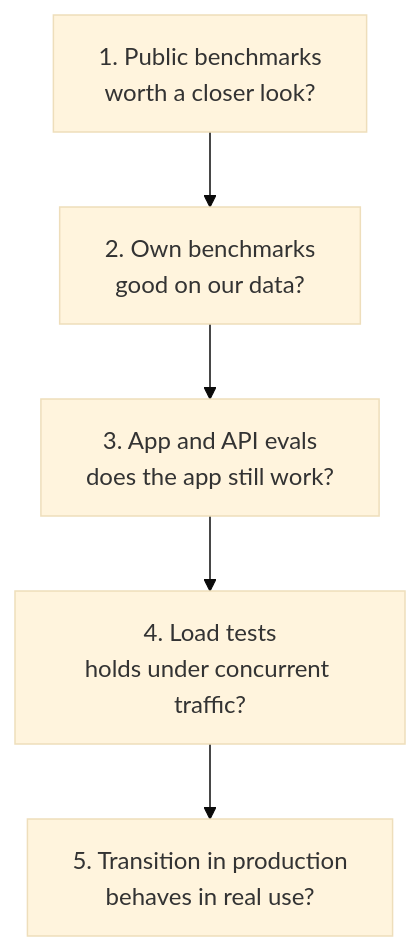
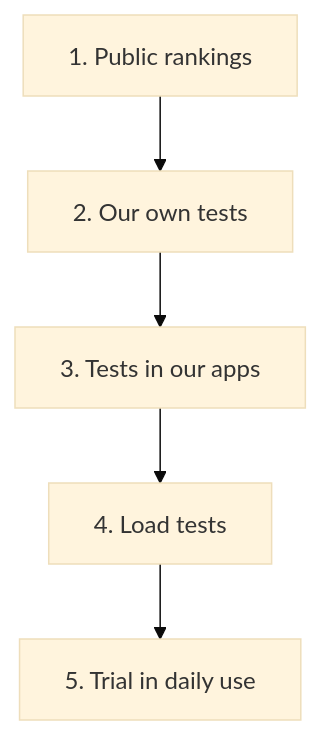
One commit to DCC-BS/ai-model-evaluation changed the diagram in docs/eval-layers.md. Above: the diagram before and after it, drawn with Mermaid (base theme). The commit also changed other lines of this file and 5 other files, not shown here.

````diff
--- a/docs/eval-layers.md
+++ b/docs/eval-layers.md
@@ -13,7 +13,7 @@
 ```mermaid
 flowchart TD
-    A["1. Public benchmarks<br/>worth a closer look?"] --> B["2. Own benchmarks<br/>good on our data?"]
-    B --> C["3. App and API evals<br/>does the app still work?"]
-    C --> D["4. Load tests<br/>holds under concurrent traffic?"]
-    D --> E["5. Transition in production<br/>behaves in real use?"]
+    A["1. Public rankings"] --> B["2. Our own tests"]
+    B --> C["3. Tests in our apps"]
+    C --> D["4. Load tests"]
+    D --> E["5. Trial in daily use"]
 ```
````
